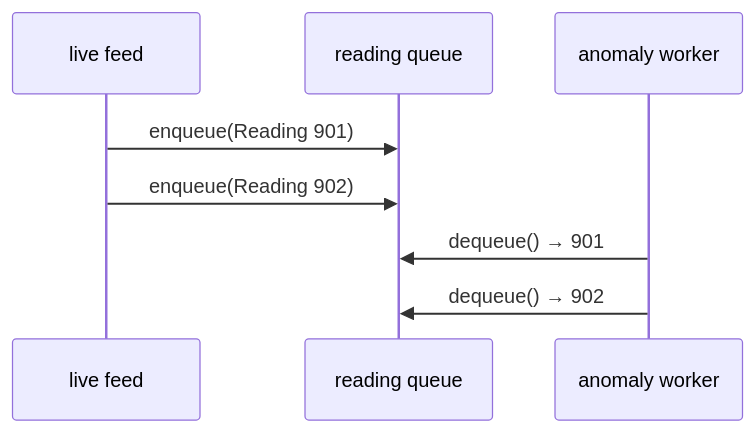
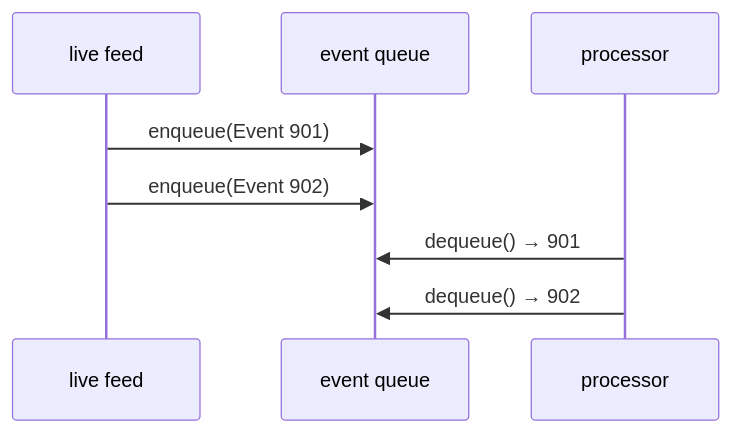
Before and after one commit to qgjones9/python-programming-guide: the second of 7 diagrams in docs/dsa/data-structures/queue/index.md, drawn with Mermaid. The commit also changed other lines of this file and 31 other files, not shown here.

````diff
--- a/docs/dsa/data-structures/queue/index.md
+++ b/docs/dsa/data-structures/queue/index.md
@@ -80,10 +80,10 @@
 ```mermaid
 sequenceDiagram
-  participant Feed as live feed
-  participant Q as reading queue
-  participant Worker as anomaly worker
-  Feed->>Q: enqueue(Reading 901)
-  Feed->>Q: enqueue(Reading 902)
-  Worker->>Q: dequeue() → 901
-  Worker->>Q: dequeue() → 902
+ participant Feed as live feed
+ participant Q as event queue
+ participant Worker as processor
+ Feed->>Q: enqueue(Event 901)
+ Feed->>Q: enqueue(Event 902)
+ Worker->>Q: dequeue() → 901
+ Worker->>Q: dequeue() → 902
 ```
````
